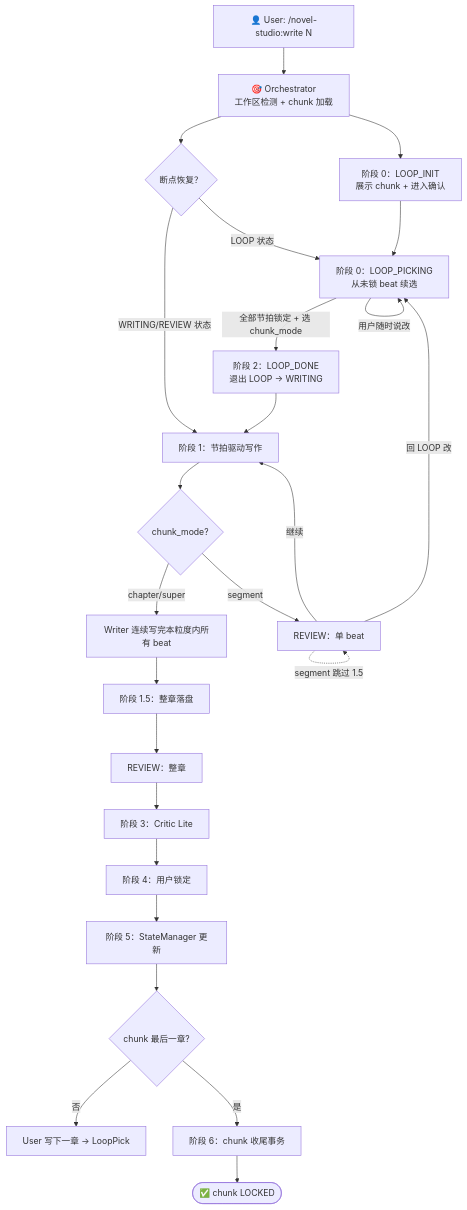
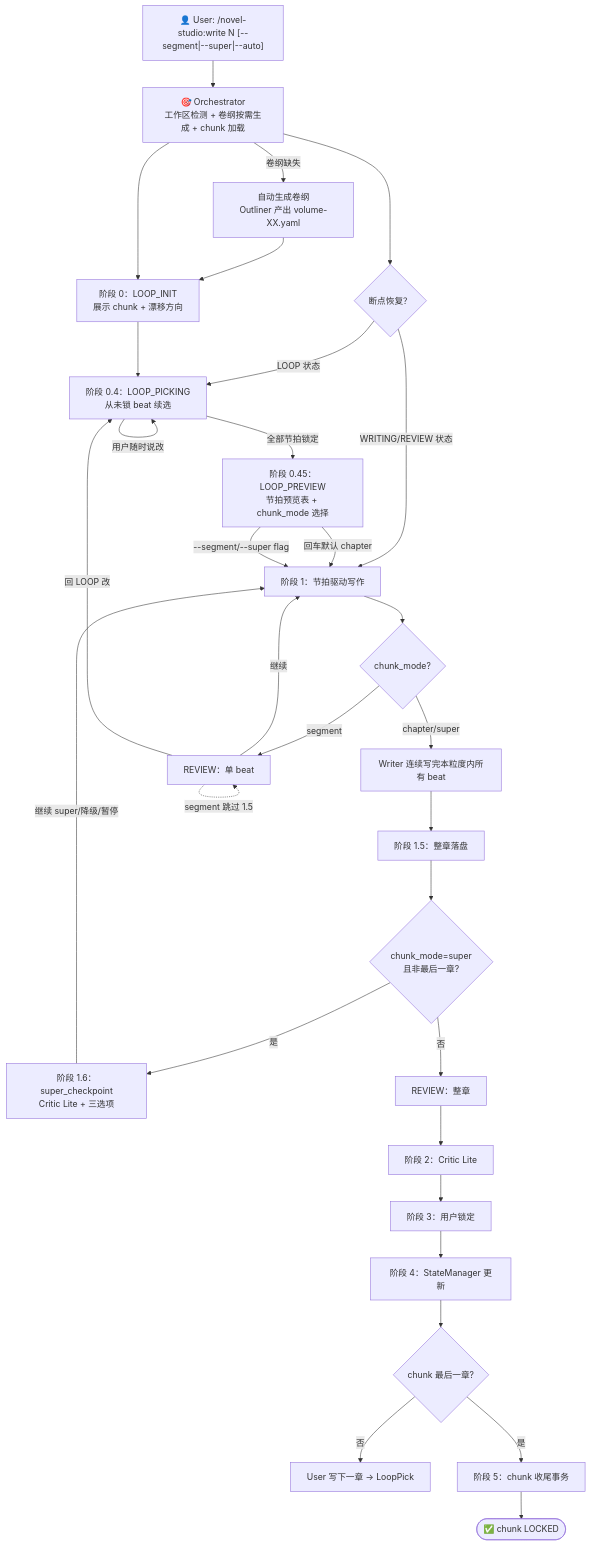
The diagram in workflow-specs/write-chapter.md (deathwhispers/novel-studio), drawn with Mermaid before and after one commit. The commit also changed other lines of this file and 10 other files, not shown here.

````diff
--- a/workflow-specs/write-chapter.md
+++ b/workflow-specs/write-chapter.md
@@ -10,38 +10,44 @@
 ```mermaid
 flowchart TD
-    User["👤 User: /novel-studio:write N"]
-    Orchestrator["🎯 Orchestrator<br/>工作区检测 + chunk 加载"]
+    User["👤 User: /novel-studio:write N [--segment|--super|--auto]"]
+    Orchestrator["🎯 Orchestrator<br/>工作区检测 + 卷纲按需生成 + chunk 加载"]
 
     User --> Orchestrator
 
-    Orchestrator --> LoopInit["阶段 0：LOOP_INIT<br/>展示 chunk + 进入确认"]
+    Orchestrator -->|"卷纲缺失"| VolGen["自动生成卷纲<br/>Outliner 产出 volume-XX.yaml"]
+    VolGen --> LoopInit
+    Orchestrator --> LoopInit["阶段 0：LOOP_INIT<br/>展示 chunk + 漂移方向"]
     Orchestrator --> Resume{"断点恢复？"}
-    Resume -->|"LOOP 状态"| LoopPick["阶段 0：LOOP_PICKING<br/>从未锁 beat 续选"]
+    Resume -->|"LOOP 状态"| LoopPick["阶段 0.4：LOOP_PICKING<br/>从未锁 beat 续选"]
     Resume -->|"WRITING/REVIEW 状态"| Write["阶段 1：节拍驱动写作"]
 
     LoopInit --> LoopPick
-    LoopPick -->|"全部节拍锁定 + 选 chunk_mode"| LoopDone["阶段 2：LOOP_DONE<br/>退出 LOOP → WRITING"]
+    LoopPick -->|"全部节拍锁定"| LoopPreview["阶段 0.45：LOOP_PREVIEW<br/>节拍预览表 + chunk_mode 选择"]
     LoopPick -->|"用户随时说改"| LoopPick
 
-    LoopDone --> Write
+    LoopPreview -->|"回车默认 chapter"| Write
+    LoopPreview -->|"--segment/--super flag"| Write
 
     Write --> SegmentCheck{"chunk_mode?"}
     SegmentCheck -->|"segment"| BeatReview["REVIEW：单 beat"]
     SegmentCheck -->|"chapter/super"| AutoContinue["Writer 连续写完本粒度内所有 beat"]
 
     BeatReview -->|"继续"| Write
     BeatReview -->|"回 LOOP 改"| LoopPick
 
     AutoContinue --> ChapterSave["阶段 1.5：整章落盘"]
-    ChapterSave --> ChapterDone["REVIEW：整章"]
+    ChapterSave --> SuperCheck{"chunk_mode=super<br/>且非最后一章?"}
+    SuperCheck -->|"是"| SuperCP["阶段 1.6：super_checkpoint<br/>Critic Lite + 三选项"]
+    SuperCheck -->|"否"| ChapterDone["REVIEW：整章"]
     BeatReview -.->|"segment 跳过 1.5"| BeatReview
-    ChapterDone --> CriticLite["阶段 3：Critic Lite"]
-    CriticLite --> Lock["阶段 4：用户锁定"]
-    Lock --> StateUpdate["阶段 5：StateManager 更新"]
+    SuperCP -->|"继续 super/降级/暂停"| Write
+    ChapterDone --> CriticLite["阶段 2：Critic Lite"]
+    CriticLite --> Lock["阶段 3：用户锁定"]
+    Lock --> StateUpdate["阶段 4：StateManager 更新"]
 
     StateUpdate --> ChapterEnd{"chunk 最后一章?"}
     ChapterEnd -->|"否"| UserNext["User 写下一章 → LoopPick"]
-    ChapterEnd -->|"是"| ChunkClose["阶段 6：chunk 收尾事务"]
+    ChapterEnd -->|"是"| ChunkClose["阶段 5：chunk 收尾事务"]
 
     ChunkClose --> Done(["✅ chunk LOCKED"])
 ```
````
